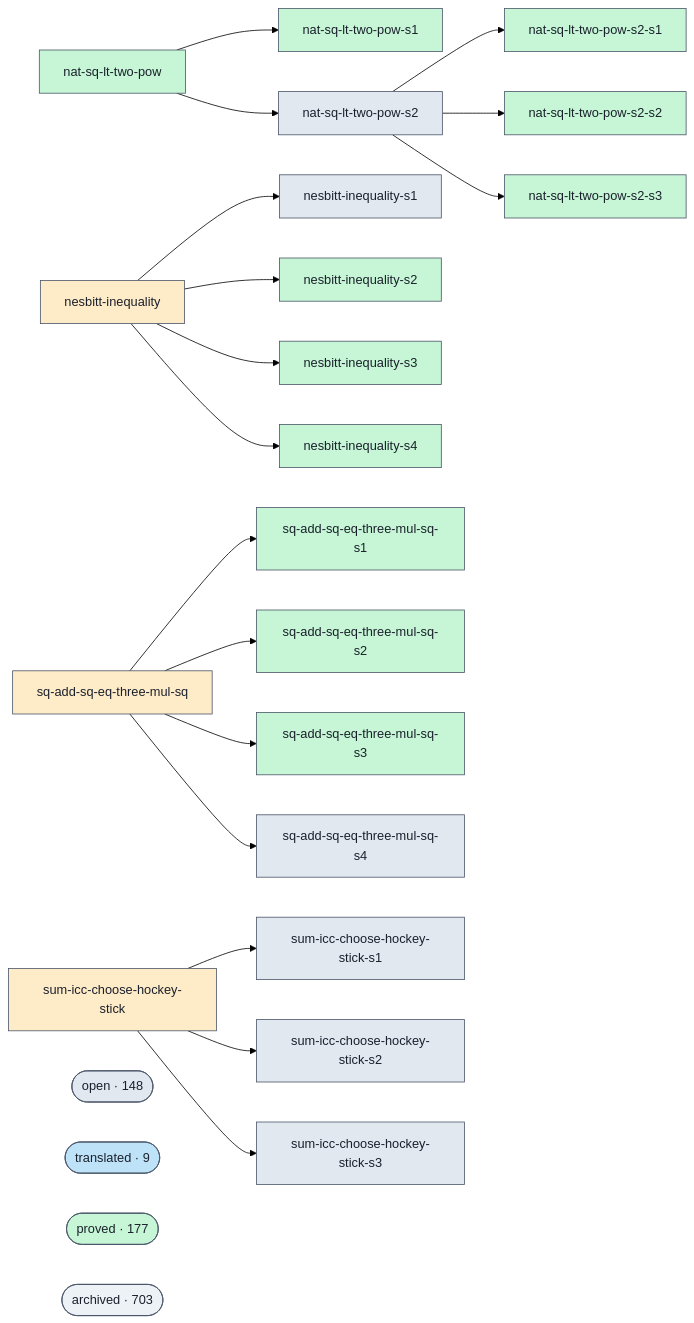
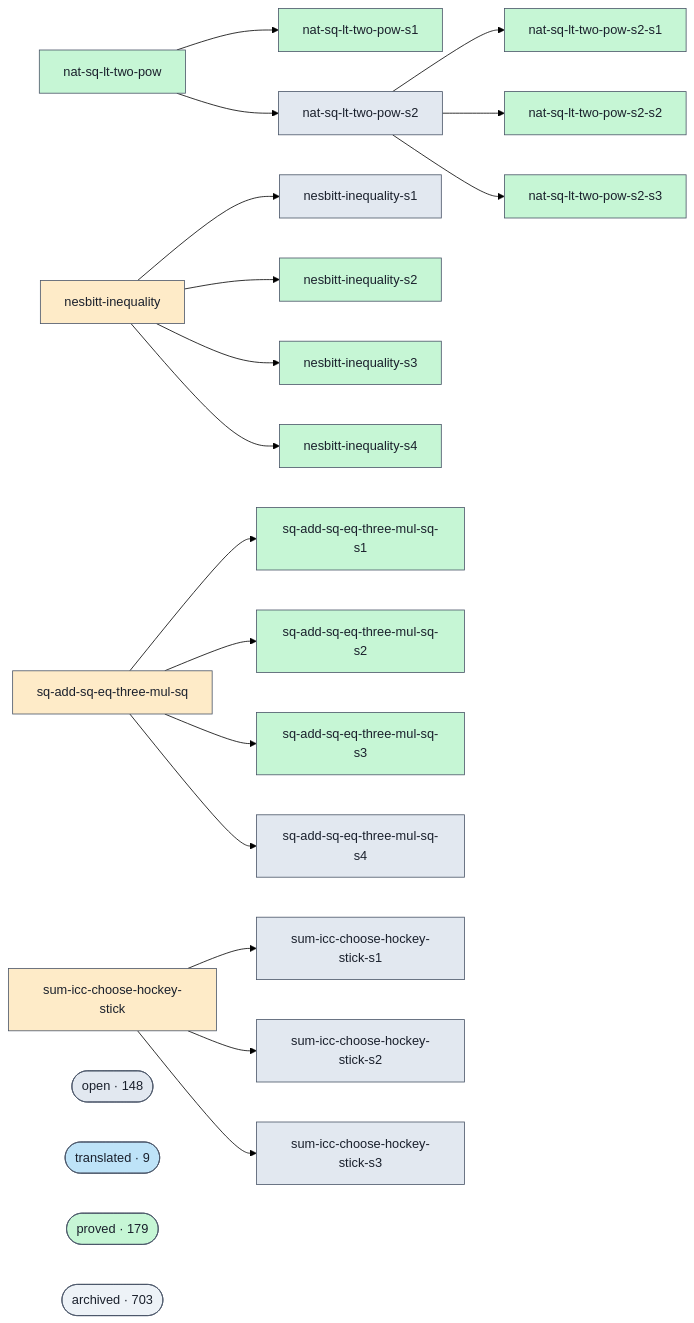
Before and after one commit to ohdearquant/unsorry: the diagram in docs/proofs-contributors-visualisation.md, drawn with Mermaid (forest theme). The commit also changed other lines of this file and 2 other files, not shown here.

```diff
--- a/docs/proofs-contributors-visualisation.md
+++ b/docs/proofs-contributors-visualisation.md
@@ -102,7 +102,7 @@
   class cluster_open open;
   cluster_translated(["translated · 9"])
   class cluster_translated translated;
-  cluster_proved(["proved · 177"])
+  cluster_proved(["proved · 179"])
   class cluster_proved proved;
   cluster_archived(["archived · 703"])
   class cluster_archived unknown;
```
